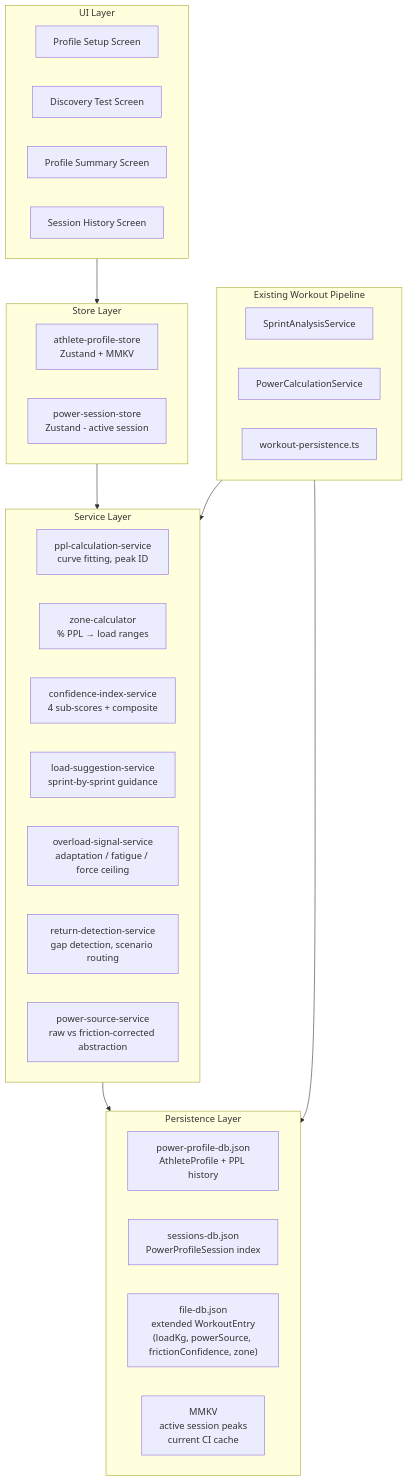
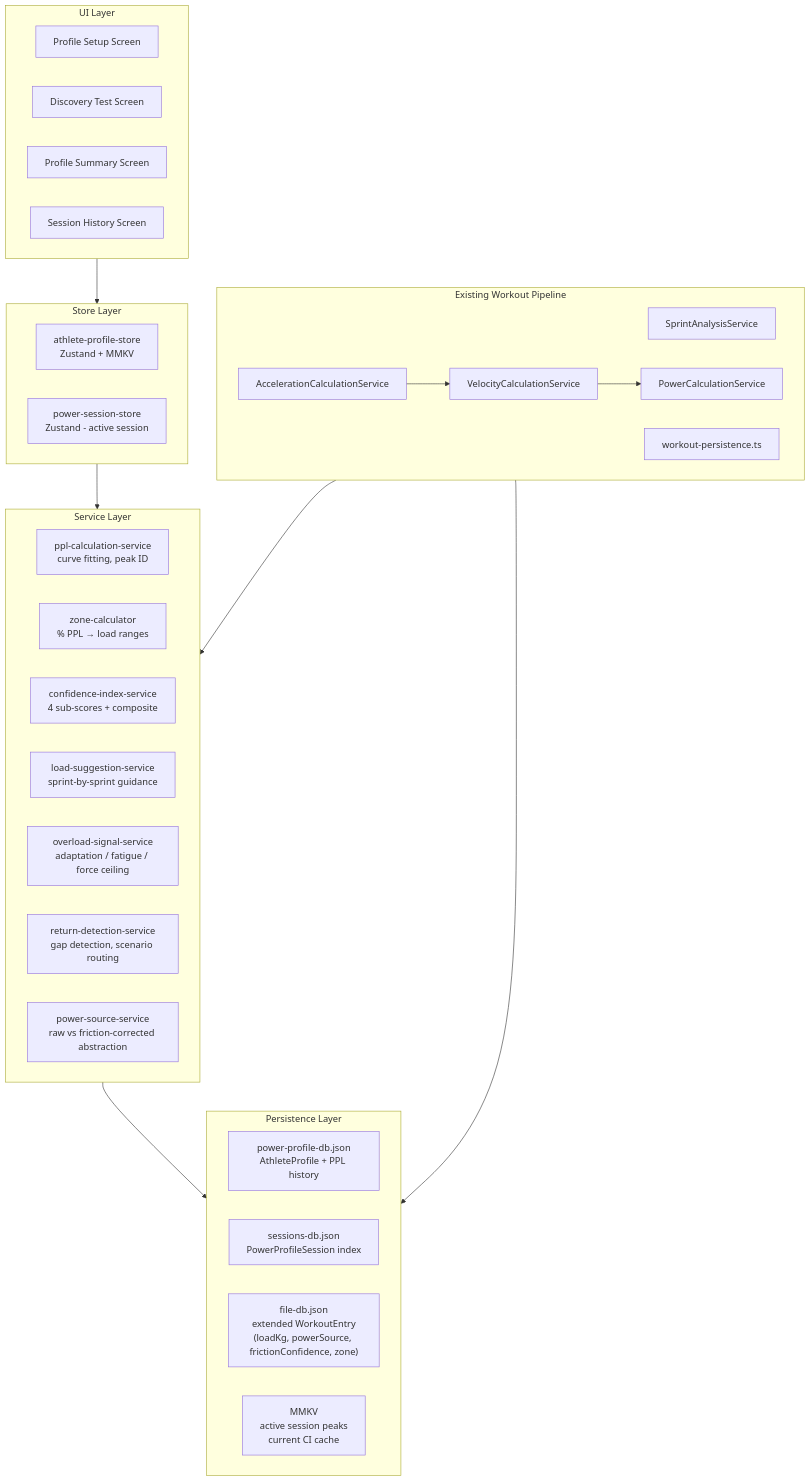
One commit to mooseElk1/drive-landing changed the diagram in .cursor/rules/power-profile-framework-plan.md. Above: the diagram before and after it, drawn with Mermaid. The commit also changed other lines of this file and 2 other files, not shown here.

First line of the commit message:
docs(power-profile): document sled velocity/kinematics stack

````diff
--- a/.cursor/rules/power-profile-framework-plan.md
+++ b/.cursor/rules/power-profile-framework-plan.md
@@ -18,43 +18,47 @@
 ```mermaid
 flowchart TD
     subgraph ui [UI Layer]
         ProfileSetup[Profile Setup Screen]
         DiscoveryTest[Discovery Test Screen]
         ProfileSummary[Profile Summary Screen]
         SessionHistory[Session History Screen]
     end
 
     subgraph store [Store Layer]
         AthleteStore[athlete-profile-store\nZustand + MMKV]
         SessionStore[power-session-store\nZustand - active session]
     end
 
     subgraph services [Service Layer]
         PPLCalc[ppl-calculation-service\ncurve fitting, peak ID]
         ZoneCalc[zone-calculator\n% PPL → load ranges]
         CIEngine[confidence-index-service\n4 sub-scores + composite]
         LoadSuggest[load-suggestion-service\nsprint-by-sprint guidance]
         OverloadSignal[overload-signal-service\nadaptation / fatigue / force ceiling]
         ReturnDetect[return-detection-service\ngap detection, scenario routing]
         PowerSource[power-source-service\nraw vs friction-corrected abstraction]
     end
 
     subgraph persistence [Persistence Layer]
         ProfileDB["power-profile-db.json\nAthleteProfile + PPL history"]
         SessionDB["sessions-db.json\nPowerProfileSession index"]
         WorkoutDB["file-db.json\nextended WorkoutEntry\n(loadKg, powerSource, frictionConfidence, zone)"]
         MMKV[MMKV\nactive session peaks\ncurrent CI cache]
     end
 
     subgraph existing [Existing Workout Pipeline]
         SprintAnalysis[SprintAnalysisService]
+        AccelCalc[AccelerationCalculationService]
+        VelCalc[VelocityCalculationService]
         PowerCalc[PowerCalculationService]
         WorkoutPersist[workout-persistence.ts]
     end
 
     ui --> store
     store --> services
     services --> persistence
+    AccelCalc --> VelCalc
+    VelCalc --> PowerCalc
     existing --> services
     existing --> persistence
 ```
````
